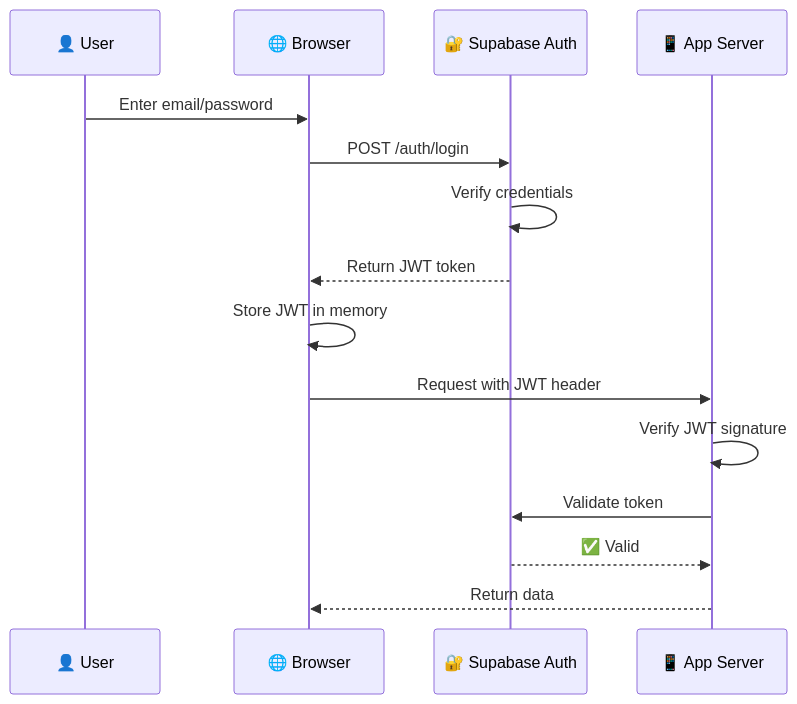
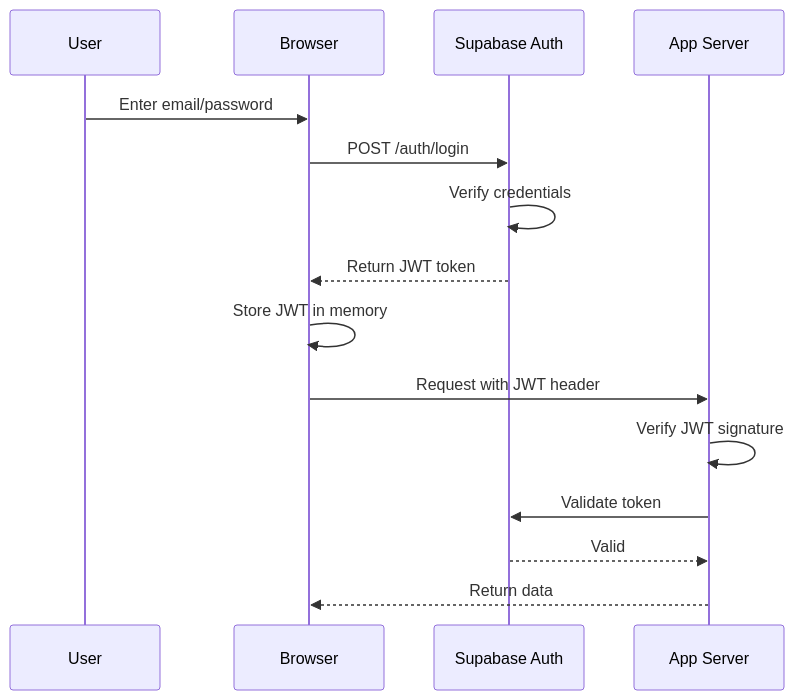
Before and after one commit to Informatics-Lab-Tel-U/manajemenasprak: the diagram in docs/SECURITY.md, drawn with Mermaid. The commit also changed other lines of this file, not shown here.

````diff
--- a/docs/SECURITY.md
+++ b/docs/SECURITY.md
@@ -46,18 +46,18 @@
 ```mermaid
 sequenceDiagram
-    participant User as 👤 User
-    participant Browser as 🌐 Browser
-    participant Supabase as 🔐 Supabase Auth
-    participant App as 📱 App Server
+    participant User
+    participant Browser
+    participant Supabase as Supabase Auth
+    participant App as App Server
 
     User->>Browser: Enter email/password
     Browser->>Supabase: POST /auth/login
     Supabase->>Supabase: Verify credentials
     Supabase-->>Browser: Return JWT token
     Browser->>Browser: Store JWT in memory
     Browser->>App: Request with JWT header
     App->>App: Verify JWT signature
     App->>Supabase: Validate token
-    Supabase-->>App: ✅ Valid
+    Supabase-->>App: Valid
     App-->>Browser: Return data
 ```
````
